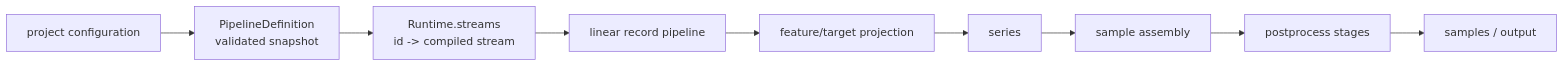
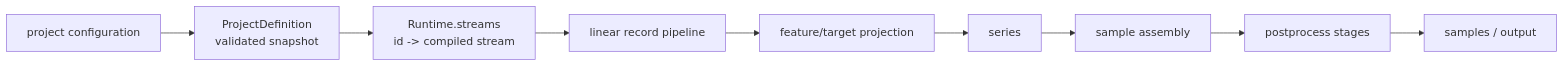
One commit to mr-lovalova/datapipeline changed the diagram in docs/architecture.md. Above: the diagram before and after it, drawn with Mermaid. The commit also changed other lines of this file and 22 other files, not shown here.

````diff
--- a/docs/architecture.md
+++ b/docs/architecture.md
@@ -37,9 +37,9 @@
 ```mermaid
 flowchart LR
-  config["project configuration"] --> definition["PipelineDefinition<br/>validated snapshot"]
+  config["project configuration"] --> definition["ProjectDefinition<br/>validated snapshot"]
   definition --> runtime["Runtime.streams<br/>id -> compiled stream"]
   runtime --> records["linear record pipeline"]
   records --> projection["feature/target projection"] --> inputs["series"]
   inputs --> samples["sample assembly"] --> postprocess["postprocess stages"]
   postprocess --> output["samples / output"]
 ```
````
